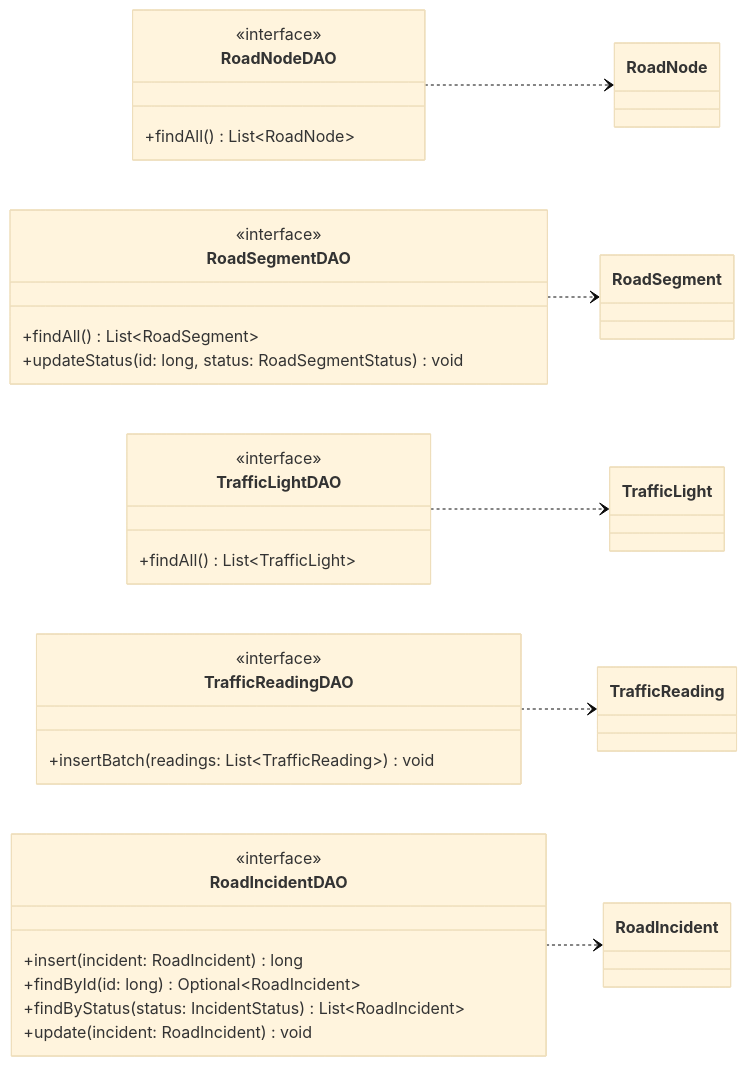
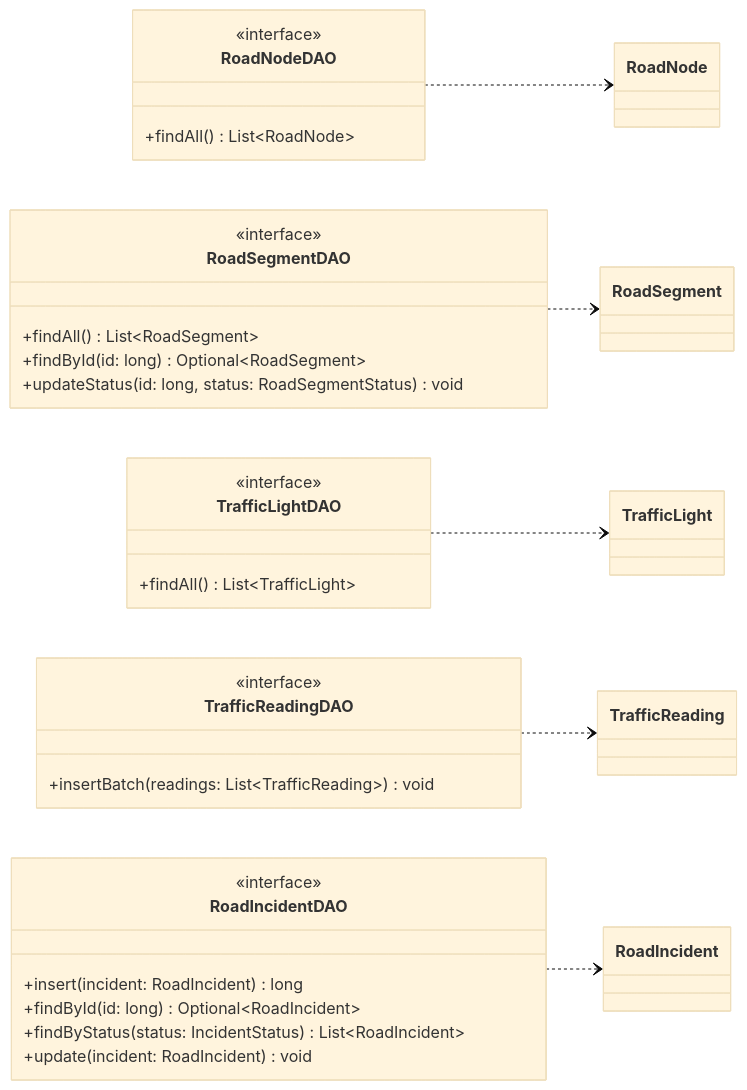
One commit to afzabaleta/RutaVida changed diagram 12 of 24 in docs/class-diagram.md. Above: the diagram before and after it, drawn with Mermaid (base theme). The commit also changed other lines of this file, not shown here.

Commit message:
docs: update incident use cases class diagram

````diff
--- a/docs/class-diagram.md
+++ b/docs/class-diagram.md
@@ -729,44 +729,45 @@
 ```mermaid
 ---
 config:
   markdownAutoWrap: false
 ---
 classDiagram
     direction LR
 
     class RoadNodeDAO {
         <<interface>>
         +findAll() List~RoadNode~
     }
     class RoadSegmentDAO {
         <<interface>>
         +findAll() List~RoadSegment~
+        +findById(id: long) Optional~RoadSegment~
         +updateStatus(id: long, status: RoadSegmentStatus) void
     }
     class TrafficLightDAO {
         <<interface>>
         +findAll() List~TrafficLight~
     }
     class TrafficReadingDAO {
         <<interface>>
         +insertBatch(readings: List~TrafficReading~) void
     }
     class RoadIncidentDAO {
         <<interface>>
         +insert(incident: RoadIncident) long
         +findById(id: long) Optional~RoadIncident~
         +findByStatus(status: IncidentStatus) List~RoadIncident~
         +update(incident: RoadIncident) void
     }
     class RoadNode
     class RoadSegment
     class TrafficLight
     class TrafficReading
     class RoadIncident
 
     RoadNodeDAO ..> RoadNode
     RoadSegmentDAO ..> RoadSegment
     TrafficLightDAO ..> TrafficLight
     TrafficReadingDAO ..> TrafficReading
     RoadIncidentDAO ..> RoadIncident
 ```
````
